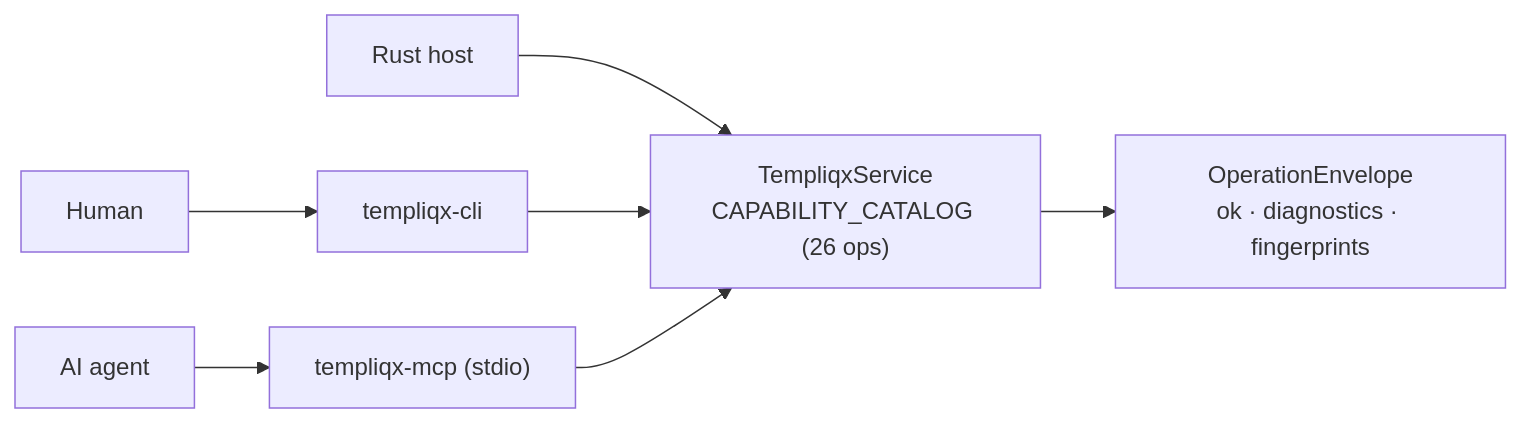
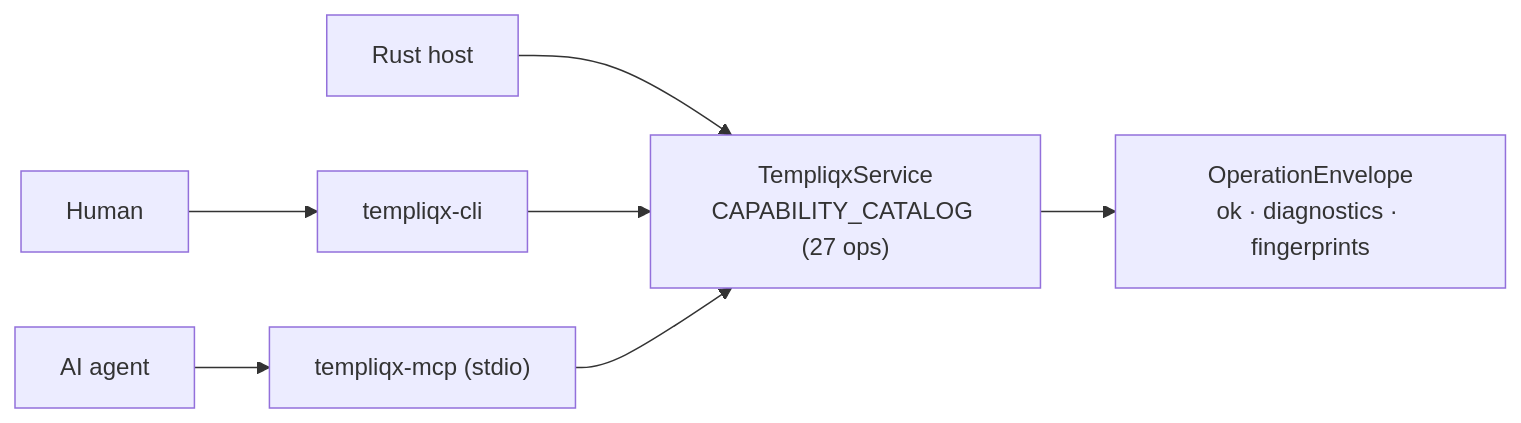
The diagram in docs/guides/agent-native.md (RyanLisse/templiqx), drawn with Mermaid before and after one commit. The commit also changed other lines of this file and 47 other files, not shown here.

````diff
--- a/docs/guides/agent-native.md
+++ b/docs/guides/agent-native.md
@@ -12,9 +12,9 @@
 ```mermaid
 flowchart LR
     Human["Human"] --> CLI["templiqx-cli"]
     Agent["AI agent"] --> MCP["templiqx-mcp (stdio)"]
     Host["Rust host"] --> Svc
-    CLI --> Svc["TempliqxService<br/>CAPABILITY_CATALOG (26 ops)"]
+    CLI --> Svc["TempliqxService<br/>CAPABILITY_CATALOG (27 ops)"]
     MCP --> Svc
     Svc --> Env["OperationEnvelope<br/>ok · diagnostics · fingerprints"]
 ```
````
